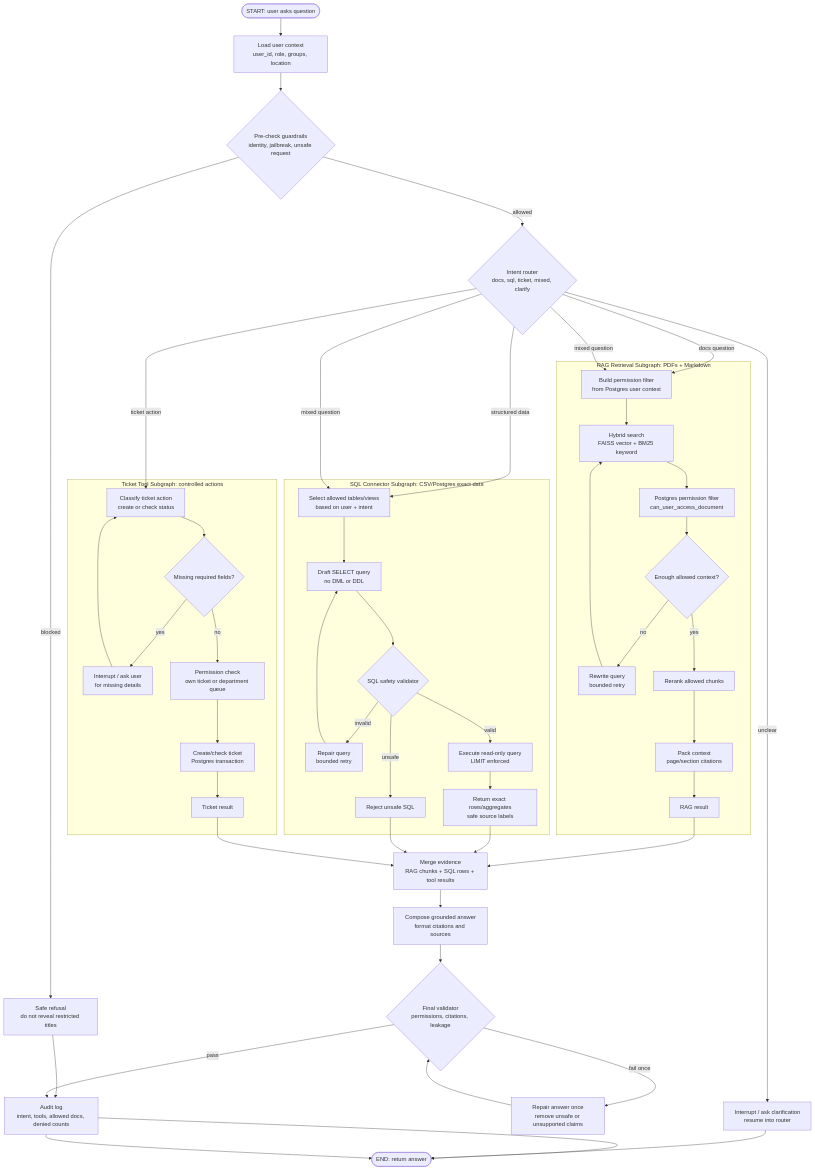
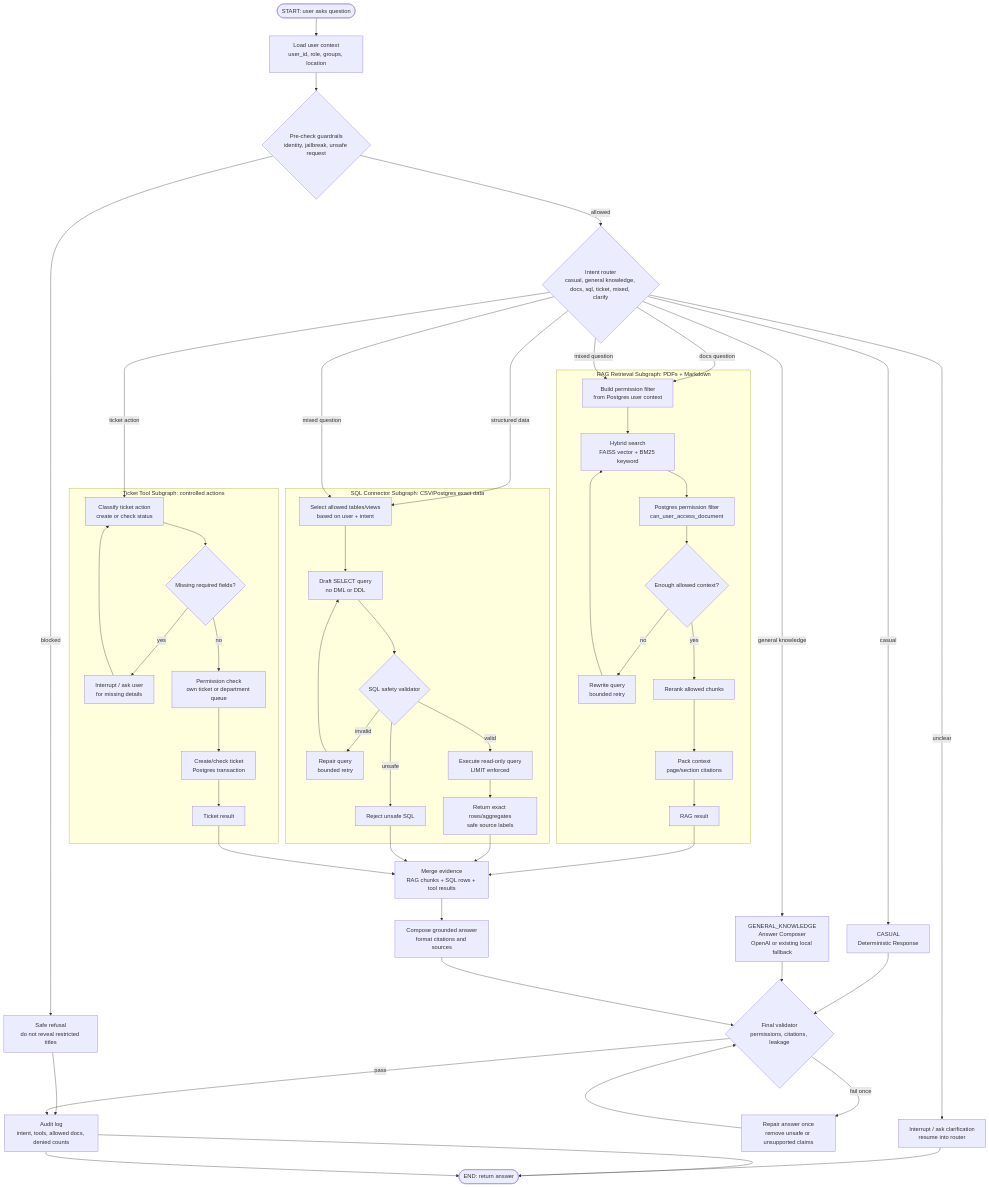
One commit to Dawood-Imran/NexusOne changed the diagram in docs/architecture/graph.mmd. Above: the diagram before and after it, drawn with Mermaid. The commit also changed 15 other files, not shown here.

Commit message:
Add casual and general knowledge routes

```diff
--- a/docs/architecture/graph.mmd
+++ b/docs/architecture/graph.mmd
@@ -1,76 +1,80 @@
 flowchart TD
   START([START: user asks question])
   LOAD[Load user context<br/>user_id, role, groups, location]
   PRECHECK{Pre-check guardrails<br/>identity, jailbreak, unsafe request}
   REFUSE[Safe refusal<br/>do not reveal restricted titles]
-  ROUTER{Intent router<br/>docs, sql, ticket, mixed, clarify}
+  ROUTER{Intent router<br/>casual, general knowledge, docs, sql, ticket, mixed, clarify}
+  CASUAL[CASUAL<br/>Deterministic Response]
+  GENERAL[GENERAL_KNOWLEDGE<br/>Answer Composer<br/>OpenAI or existing local fallback]
   CLARIFY[Interrupt / ask clarification<br/>resume into router]
   MERGE[Merge evidence<br/>RAG chunks + SQL rows + tool results]
   ANSWER[Compose grounded answer<br/>format citations and sources]
   VALIDATE{Final validator<br/>permissions, citations, leakage}
   REPAIR[Repair answer once<br/>remove unsafe or unsupported claims]
   AUDIT[Audit log<br/>intent, tools, allowed docs, denied counts]
   END([END: return answer])
 
   START --> LOAD --> PRECHECK
   PRECHECK -- blocked --> REFUSE --> AUDIT --> END
   PRECHECK -- allowed --> ROUTER
   ROUTER -- unclear --> CLARIFY --> END
 
   subgraph RAG["RAG Retrieval Subgraph: PDFs + Markdown"]
     RAG_PERM[Build permission filter<br/>from Postgres user context]
     RAG_SEARCH[Hybrid search<br/>FAISS vector + BM25 keyword]
     RAG_POSTFILTER[Postgres permission filter<br/>can_user_access_document]
     RAG_REWRITE{Enough allowed context?}
     RAG_QUERY_REWRITE[Rewrite query<br/>bounded retry]
     RAG_RERANK[Rerank allowed chunks]
     RAG_PACK[Pack context<br/>page/section citations]
     RAG_OUT[RAG result]
 
     RAG_PERM --> RAG_SEARCH --> RAG_POSTFILTER --> RAG_REWRITE
     RAG_REWRITE -- no --> RAG_QUERY_REWRITE --> RAG_SEARCH
     RAG_REWRITE -- yes --> RAG_RERANK --> RAG_PACK --> RAG_OUT
   end
 
   subgraph SQL["SQL Connector Subgraph: CSV/Postgres exact data"]
     SQL_SCOPE[Select allowed tables/views<br/>based on user + intent]
     SQL_DRAFT[Draft SELECT query<br/>no DML or DDL]
     SQL_VALIDATE{SQL safety validator}
     SQL_REPAIR[Repair query<br/>bounded retry]
     SQL_EXEC[Execute read-only query<br/>LIMIT enforced]
     SQL_ROWS[Return exact rows/aggregates<br/>safe source labels]
     SQL_REFUSE[Reject unsafe SQL]
 
     SQL_SCOPE --> SQL_DRAFT --> SQL_VALIDATE
     SQL_VALIDATE -- invalid --> SQL_REPAIR --> SQL_DRAFT
     SQL_VALIDATE -- unsafe --> SQL_REFUSE
     SQL_VALIDATE -- valid --> SQL_EXEC --> SQL_ROWS
   end
 
   subgraph TICKET["Ticket Tool Subgraph: controlled actions"]
     TICKET_INTENT[Classify ticket action<br/>create or check status]
     TICKET_MISSING{Missing required fields?}
     TICKET_ASK[Interrupt / ask user<br/>for missing details]
     TICKET_AUTH[Permission check<br/>own ticket or department queue]
     TICKET_RUN[Create/check ticket<br/>Postgres transaction]
     TICKET_OUT[Ticket result]
 
     TICKET_INTENT --> TICKET_MISSING
     TICKET_MISSING -- yes --> TICKET_ASK --> TICKET_INTENT
     TICKET_MISSING -- no --> TICKET_AUTH --> TICKET_RUN --> TICKET_OUT
   end
 
+  ROUTER -- casual --> CASUAL --> VALIDATE
+  ROUTER -- general knowledge --> GENERAL --> VALIDATE
   ROUTER -- docs question --> RAG_PERM
   ROUTER -- structured data --> SQL_SCOPE
   ROUTER -- ticket action --> TICKET_INTENT
   ROUTER -- mixed question --> RAG_PERM
   ROUTER -- mixed question --> SQL_SCOPE
 
   RAG_OUT --> MERGE
   SQL_ROWS --> MERGE
   SQL_REFUSE --> MERGE
   TICKET_OUT --> MERGE
 
   MERGE --> ANSWER --> VALIDATE
   VALIDATE -- fail once --> REPAIR --> VALIDATE
   VALIDATE -- pass --> AUDIT --> END
```
